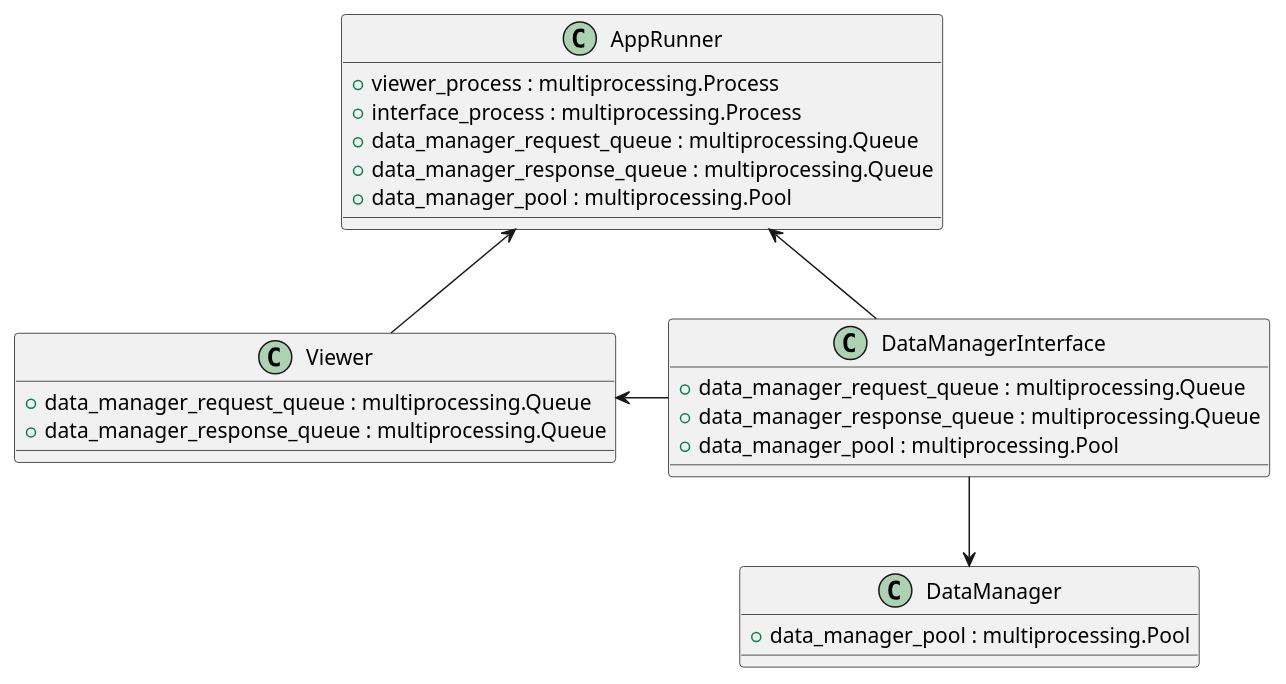
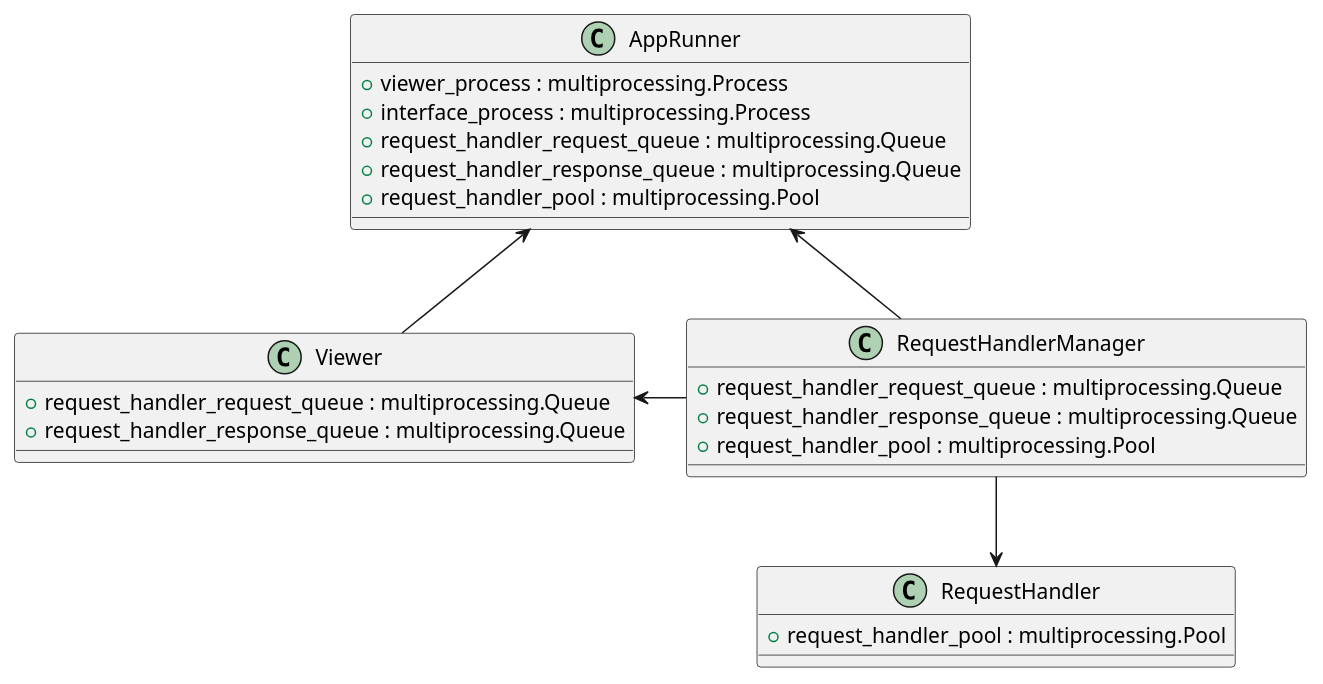
The second of 2 diagrams in doc/diagrams/src/components.puml (NMeswania/DnD_App), drawn with PlantUML before and after one commit. The commit also changed other lines of this file and 11 other files, not shown here.

Commit message:
rENAMe data manager classes to request handler

```diff
--- a/doc/diagrams/src/components.puml
+++ b/doc/diagrams/src/components.puml
@@ -16,30 +16,30 @@
 @startuml class_diagram
 
 class AppRunner {
   + viewer_process : multiprocessing.Process
   + interface_process : multiprocessing.Process
-  + data_manager_request_queue : multiprocessing.Queue
-  + data_manager_response_queue : multiprocessing.Queue
-  + data_manager_pool : multiprocessing.Pool
+  + request_handler_request_queue : multiprocessing.Queue
+  + request_handler_response_queue : multiprocessing.Queue
+  + request_handler_pool : multiprocessing.Pool
 }
 class Viewer {
-  + data_manager_request_queue : multiprocessing.Queue
-  + data_manager_response_queue : multiprocessing.Queue
+  + request_handler_request_queue : multiprocessing.Queue
+  + request_handler_response_queue : multiprocessing.Queue
 }
-class DataManagerInterface {
-  + data_manager_request_queue : multiprocessing.Queue
-  + data_manager_response_queue : multiprocessing.Queue
-  + data_manager_pool : multiprocessing.Pool
+class RequestHandlerManager {
+  + request_handler_request_queue : multiprocessing.Queue
+  + request_handler_response_queue : multiprocessing.Queue
+  + request_handler_pool : multiprocessing.Pool
 }
-class DataManager {
-  + data_manager_pool : multiprocessing.Pool
+class RequestHandler {
+  + request_handler_pool : multiprocessing.Pool
 }
 
 AppRunner <-- Viewer
-AppRunner <-- DataManagerInterface
+AppRunner <-- RequestHandlerManager
 
-Viewer <- DataManagerInterface
+Viewer <- RequestHandlerManager
 
-DataManager <-up- DataManagerInterface
+RequestHandler <-up- RequestHandlerManager
 
 @enduml
```
